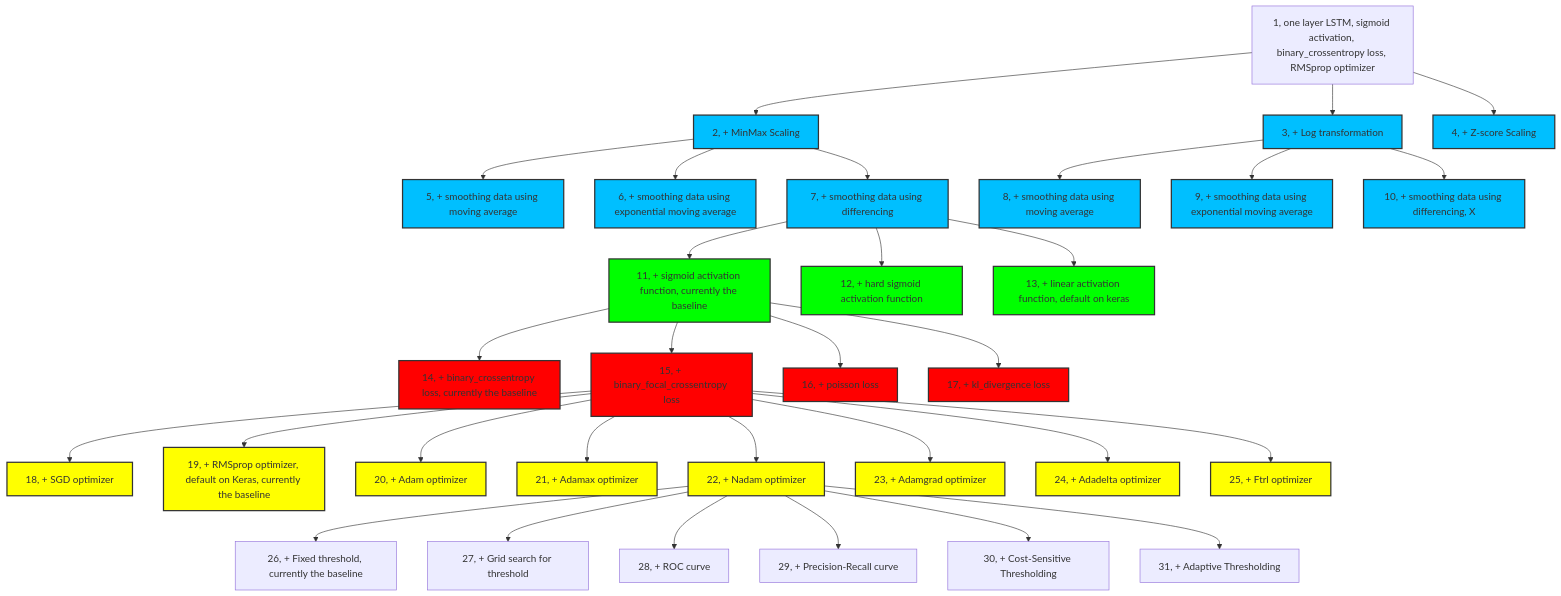
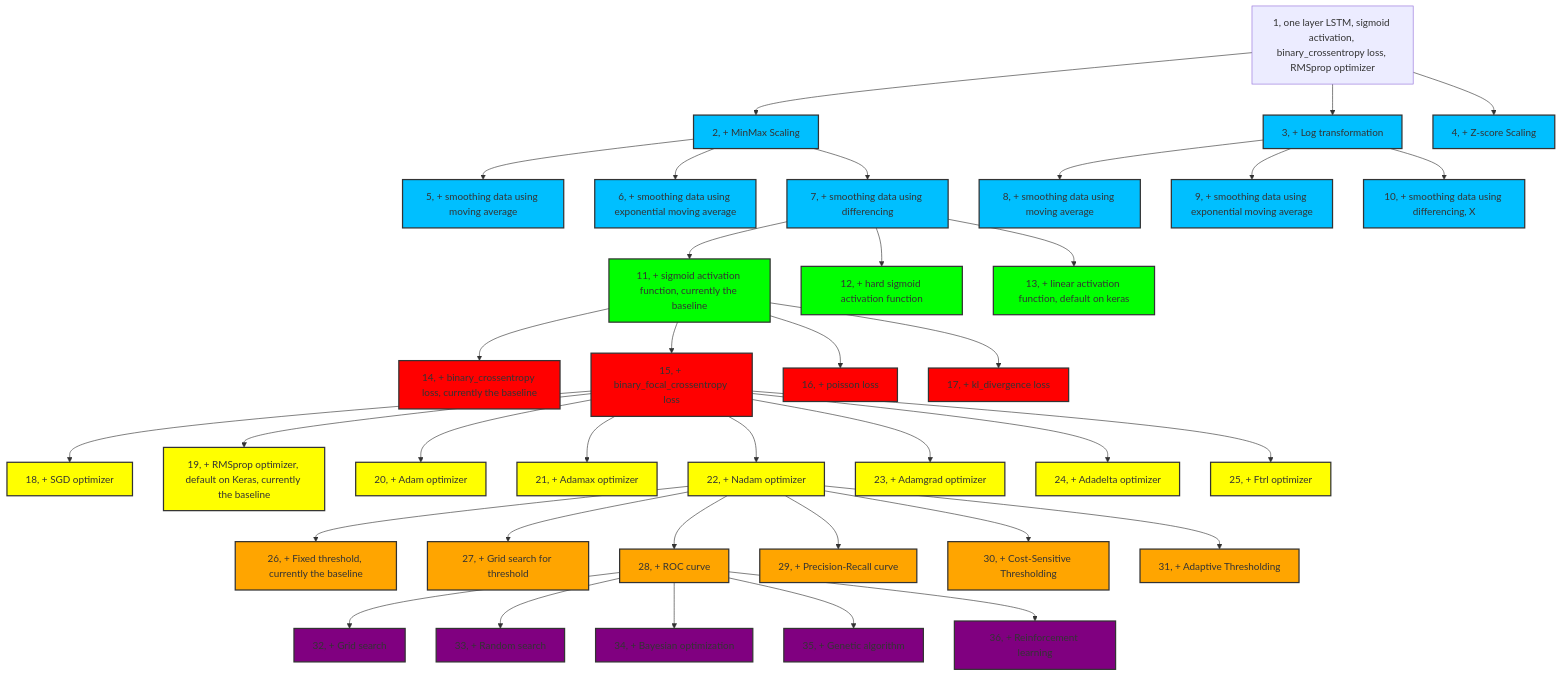
One commit to zihaozeng0021/currency-exchange-rate-forecasting changed the diagram in src/models/LSTM/LSTM_classifier/experiment_hierarchy.md. Above: the diagram before and after it, drawn with Mermaid. The commit also changed 11 other files, not shown here.

````diff
--- a/src/models/LSTM/LSTM_classifier/experiment_hierarchy.md
+++ b/src/models/LSTM/LSTM_classifier/experiment_hierarchy.md
@@ -1,50 +1,61 @@
 ```mermaid
 graph TD
     1[1, one layer LSTM, sigmoid activation, binary_crossentropy loss, RMSprop optimizer] --> 2[2, + MinMax Scaling]
     1 --> 3[3, + Log transformation]
     1 --> 4[4, + Z-score Scaling]
     2 --> 5[5, + smoothing data using moving average]
     2 --> 6[6, + smoothing data using exponential moving average]
     2 --> 7[7, + smoothing data using differencing]
     3 --> 8[8, + smoothing data using moving average]
     3 --> 9[9, + smoothing data using exponential moving average]
     3 --> 10[10, + smoothing data using differencing, X]
     7 --> 11[11, + sigmoid activation function, currently the baseline]
     7 --> 12[12, + hard sigmoid activation function]
     7 --> 13[13, + linear activation function, default on keras]
     11 --> 14[14, + binary_crossentropy loss, currently the baseline]
     11 --> 15[15, + binary_focal_crossentropy loss]
     11 --> 16[16, + poisson loss]
     11 --> 17[17, + kl_divergence loss]
     15 --> 18[18, + SGD optimizer]
     15 --> 19[19, + RMSprop optimizer, default on Keras, currently the baseline]
     15 --> 20[20, + Adam optimizer]
     15 --> 21[21, + Adamax optimizer]
     15 --> 22[22, + Nadam optimizer]
     15 --> 23[23, + Adamgrad optimizer]
     15 --> 24[24, + Adadelta optimizer]
     15 --> 25[25, + Ftrl optimizer]
     22 --> 26[26, + Fixed threshold, currently the baseline]
     22 --> 27[27, + Grid search for threshold]
     22 --> 28[28, + ROC curve]
     22 --> 29[29, + Precision-Recall curve]
     22 --> 30[30, + Cost-Sensitive Thresholding]
     22 --> 31[31, + Adaptive Thresholding]
+    28 --> 32[32, + Grid search]
+    28 --> 33[33, + Random search]
+    28 --> 34[34, + Bayesian optimization]
+    28 --> 35[35, + Genetic algorithm]
+    28 --> 36[36, + Reinforcement learning] 
     
     
     
     
     classDef brightBlue fill:#00BFFF,stroke:#333,stroke-width:2px;
     class 2,3,4,5,6,7,8,9,10 brightBlue;
     
     classDef brightGreen fill:#00FF00,stroke:#333,stroke-width:2px;
     class 11,12,13 brightGreen;
     
     classDef brightRed fill:#FF0000,stroke:#333,stroke-width:2px;
     class 14,15,16,17 brightRed;
     
     classDef brightYellow fill:#FFFF00,stroke:#333,stroke-width:2px;
     class 18,19,20,21,22,23,24,25 brightYellow;
     
+    classDef brightOrange fill:#FFA500,stroke:#333,stroke-width:2px;
+    class 26,27,28,29,30,31 brightOrange;
+    
+    classDef brightPurple fill:#800080,stroke:#333,stroke-width:2px;
+    class 32,33,34,35,36 brightPurple;
+    
     
 ```
````
